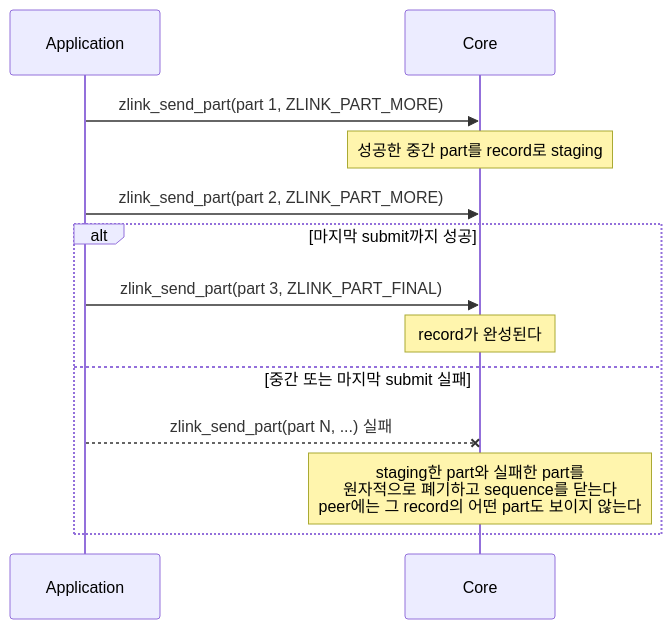
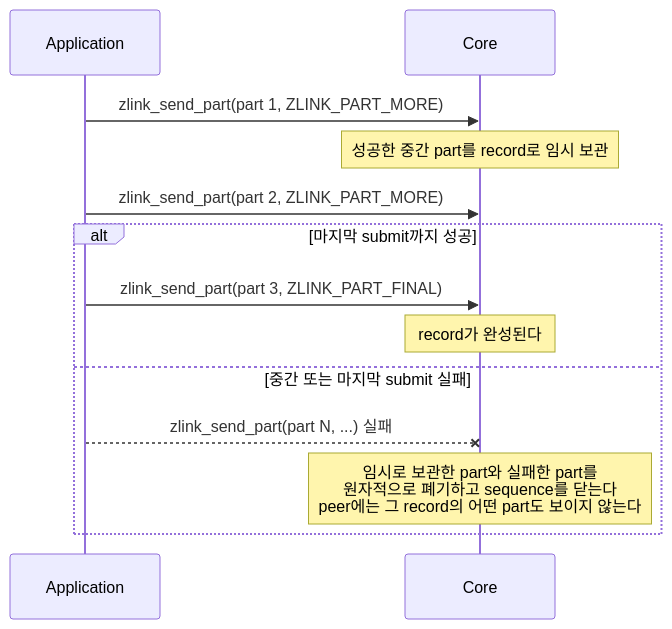
One commit to zlink-systems/zlink changed the diagram in core/doc/spec/core/socket/01-pair.ko.md. Above: the diagram before and after it, drawn with Mermaid. The commit also changed other lines of this file and 102 other files, not shown here.

````diff
--- a/core/doc/spec/core/socket/01-pair.ko.md
+++ b/core/doc/spec/core/socket/01-pair.ko.md
@@ -48,15 +48,15 @@
 ```mermaid
 sequenceDiagram
     participant App as Application
     participant Core as Core
     App->>Core: zlink_send_part(part 1, ZLINK_PART_MORE)
-    Note over Core: 성공한 중간 part를 record로 staging
+    Note over Core: 성공한 중간 part를 record로 임시 보관
     App->>Core: zlink_send_part(part 2, ZLINK_PART_MORE)
     alt 마지막 submit까지 성공
         App->>Core: zlink_send_part(part 3, ZLINK_PART_FINAL)
         Note over Core: record가 완성된다
     else 중간 또는 마지막 submit 실패
         App--xCore: zlink_send_part(part N, ...) 실패
-        Note over Core: staging한 part와 실패한 part를<br/>원자적으로 폐기하고 sequence를 닫는다<br/>peer에는 그 record의 어떤 part도 보이지 않는다
+        Note over Core: 임시로 보관한 part와 실패한 part를<br/>원자적으로 폐기하고 sequence를 닫는다<br/>peer에는 그 record의 어떤 part도 보이지 않는다
     end
 ```
````
